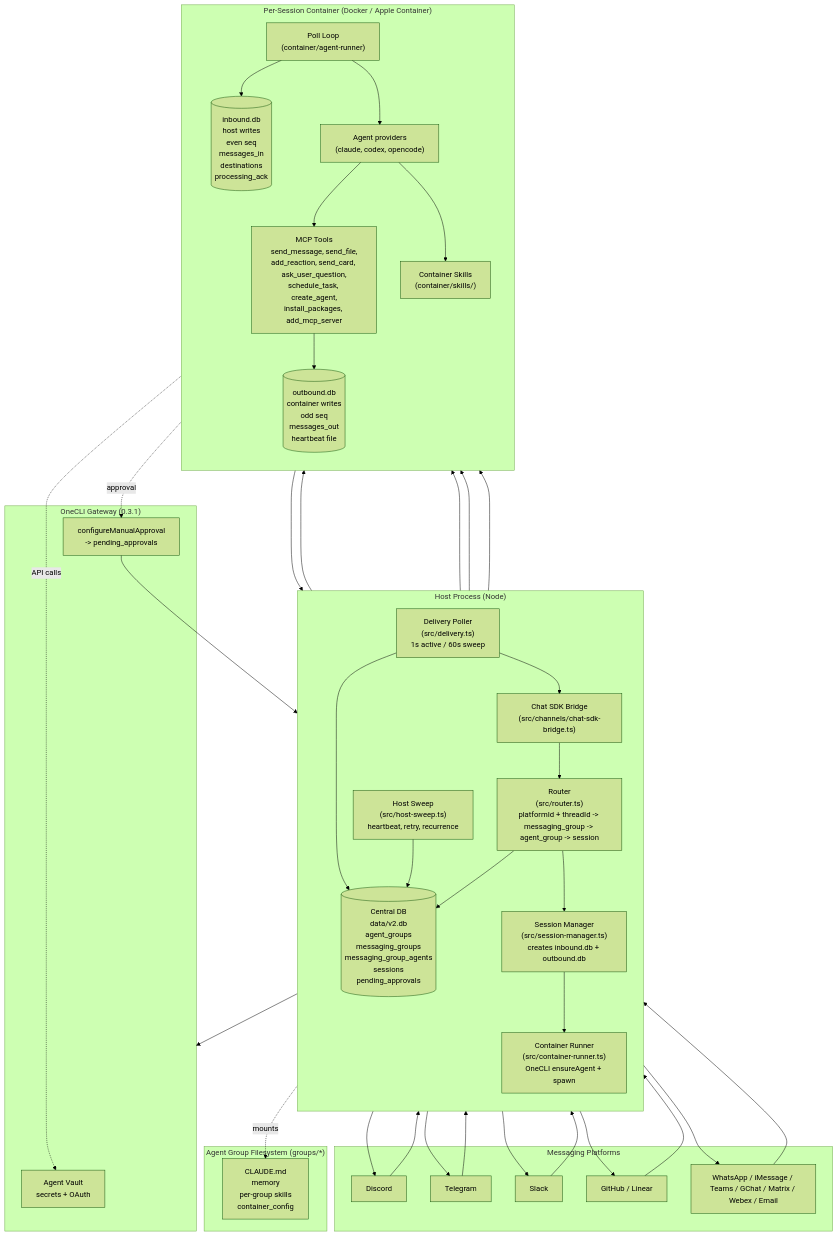
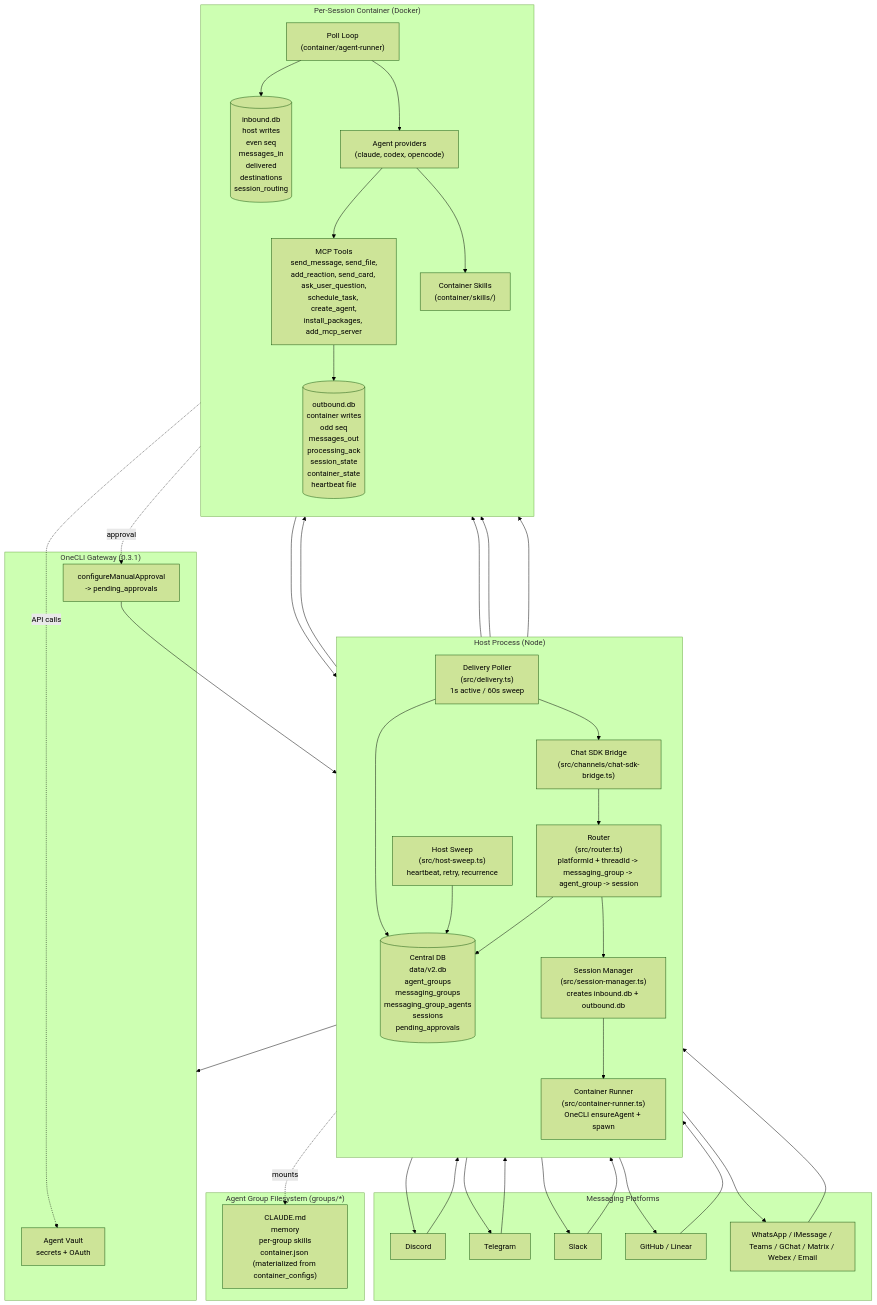
One commit to slang-coworkers/nanoclaw changed the first of 5 diagrams in docs/architecture-diagram.md. Above: the diagram before and after it, drawn with Mermaid (forest theme). The commit also changed other lines of this file and 22 other files, not shown here.

````diff
--- a/docs/architecture-diagram.md
+++ b/docs/architecture-diagram.md
@@ -5,65 +5,65 @@
 ```mermaid
 flowchart TB
   subgraph Platforms["Messaging Platforms"]
     P1[Discord]
     P2[Telegram]
     P3[Slack]
     P4[GitHub / Linear]
     P5[WhatsApp / iMessage / Teams / GChat / Matrix / Webex / Email]
   end
 
   subgraph Host["Host Process (Node)"]
     direction TB
     Bridge["Chat SDK Bridge<br/>(src/channels/chat-sdk-bridge.ts)"]
     Router["Router<br/>(src/router.ts)<br/>platformId + threadId -> messaging_group -> agent_group -> session"]
     SessMgr["Session Manager<br/>(src/session-manager.ts)<br/>creates inbound.db + outbound.db"]
     Runner["Container Runner<br/>(src/container-runner.ts)<br/>OneCLI ensureAgent + spawn"]
     Delivery["Delivery Poller<br/>(src/delivery.ts)<br/>1s active / 60s sweep"]
     Sweep["Host Sweep<br/>(src/host-sweep.ts)<br/>heartbeat, retry, recurrence"]
     Central[("Central DB<br/>data/v2.db<br/>agent_groups<br/>messaging_groups<br/>messaging_group_agents<br/>sessions<br/>pending_approvals")]
   end
 
   subgraph OneCLI["OneCLI Gateway (0.3.1)"]
     Vault["Agent Vault<br/>secrets + OAuth"]
     Approvals["configureManualApproval<br/>-> pending_approvals"]
   end
 
-  subgraph Session["Per-Session Container (Docker / Apple Container)"]
+  subgraph Session["Per-Session Container (Docker)"]
     direction TB
     PollLoop["Poll Loop<br/>(container/agent-runner)"]
     Provider["Agent providers<br/>(claude, codex, opencode)"]
     MCP["MCP Tools<br/>send_message, send_file,<br/>add_reaction, send_card, ask_user_question,<br/>schedule_task, create_agent,<br/>install_packages, add_mcp_server"]
     Skills["Container Skills<br/>(container/skills/)"]
-    InDB[("inbound.db<br/>host writes<br/>even seq<br/>messages_in<br/>destinations<br/>processing_ack")]
-    OutDB[("outbound.db<br/>container writes<br/>odd seq<br/>messages_out<br/>heartbeat file")]
+    InDB[("inbound.db<br/>host writes<br/>even seq<br/>messages_in<br/>delivered<br/>destinations<br/>session_routing")]
+    OutDB[("outbound.db<br/>container writes<br/>odd seq<br/>messages_out<br/>processing_ack<br/>session_state<br/>container_state<br/>heartbeat file")]
   end
 
   subgraph Groups["Agent Group Filesystem (groups/*)"]
-    Folder["CLAUDE.md<br/>memory<br/>per-group skills<br/>container_config"]
+    Folder["CLAUDE.md<br/>memory<br/>per-group skills<br/>container.json (materialized from container_configs)"]
   end
 
   P1 & P2 & P3 & P4 & P5 --> Bridge
   Bridge --> Router
   Router --> Central
   Router --> SessMgr
   SessMgr --> InDB
   SessMgr --> Runner
   Runner --> OneCLI
   Runner --> PollLoop
   PollLoop --> InDB
   PollLoop --> Provider
   Provider --> MCP
   Provider --> Skills
   MCP --> OutDB
   OutDB --> Delivery
   Delivery --> Central
   Delivery --> Bridge
   Bridge --> P1 & P2 & P3 & P4 & P5
   Sweep --> InDB
   Sweep --> OutDB
   Sweep --> Central
   Runner -.mounts.-> Folder
   MCP -.approval.-> Approvals
   Approvals --> Central
   Provider -.API calls.-> Vault
 ```
````
